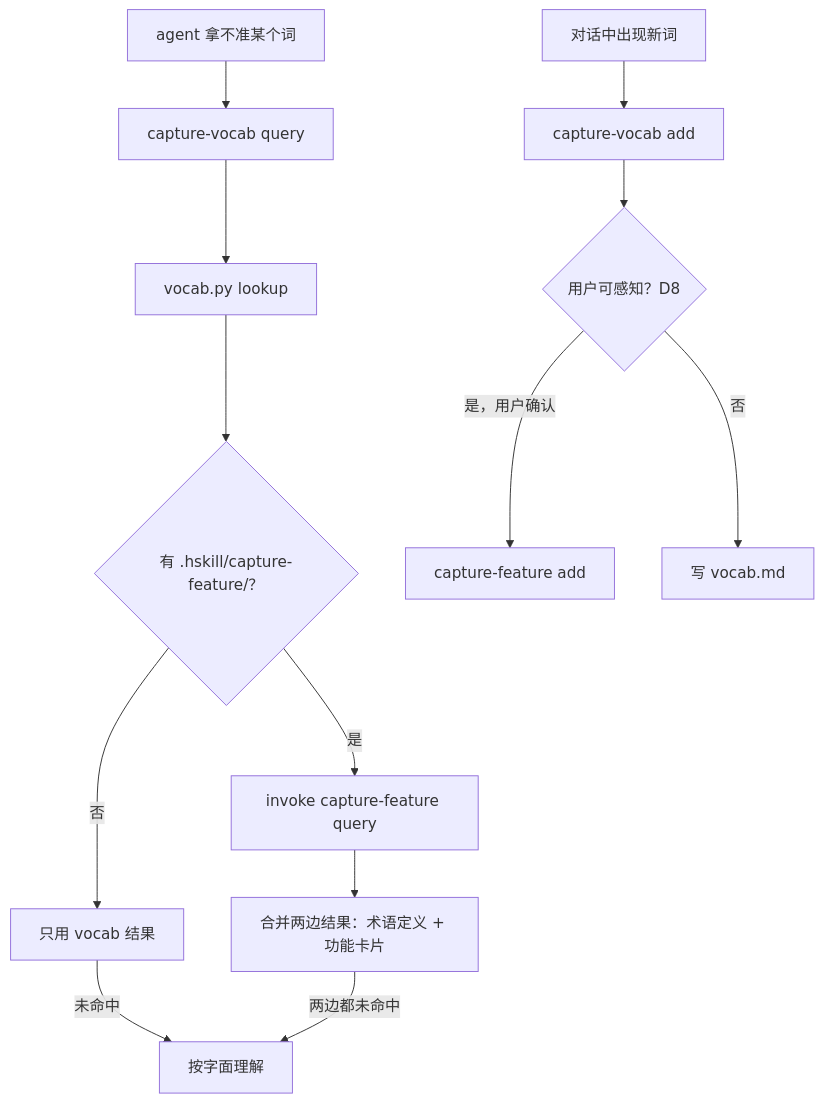
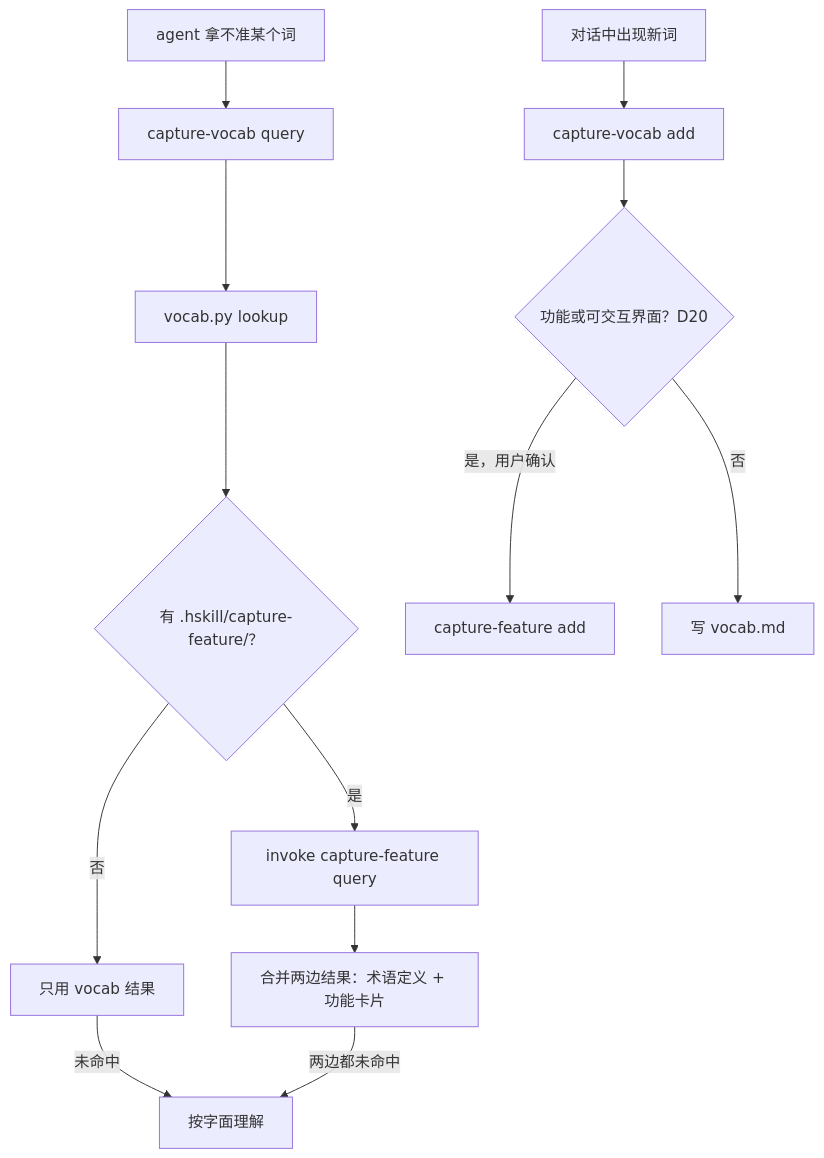
One commit to harveyzhang814/harveyz-skill changed the diagram in .hskill/spec/2026-11-24-capture-feature/2026-11-24-capture-feature-spec.md. Above: the diagram before and after it, drawn with Mermaid. The commit also changed other lines of this file and 1 other file, not shown here.

````diff
--- a/.hskill/spec/2026-11-24-capture-feature/2026-11-24-capture-feature-spec.md
+++ b/.hskill/spec/2026-11-24-capture-feature/2026-11-24-capture-feature-spec.md
@@ -204,15 +206,15 @@
 ```mermaid
 flowchart TD
   Q[agent 拿不准某个词] --> V[capture-vocab query]
   V --> VL[vocab.py lookup]
   VL --> H{有 .hskill/capture-feature/？}
   H -->|是| F[invoke capture-feature query]
   H -->|否| R1[只用 vocab 结果]
   F --> R2[合并两边结果：术语定义 + 功能卡片]
   R1 -->|未命中| L[按字面理解]
   R2 -->|两边都未命中| L
   N[对话中出现新词] --> VA[capture-vocab add]
-  VA --> J{用户可感知？D8}
+  VA --> J{功能或可交互界面？D20}
   J -->|是，用户确认| FA[capture-feature add]
   J -->|否| VW[写 vocab.md]
 ```
````
